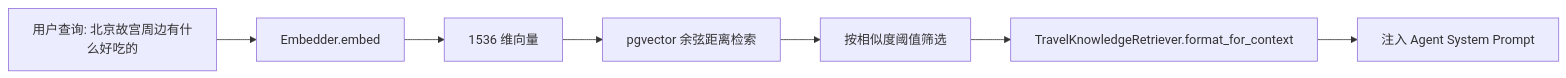
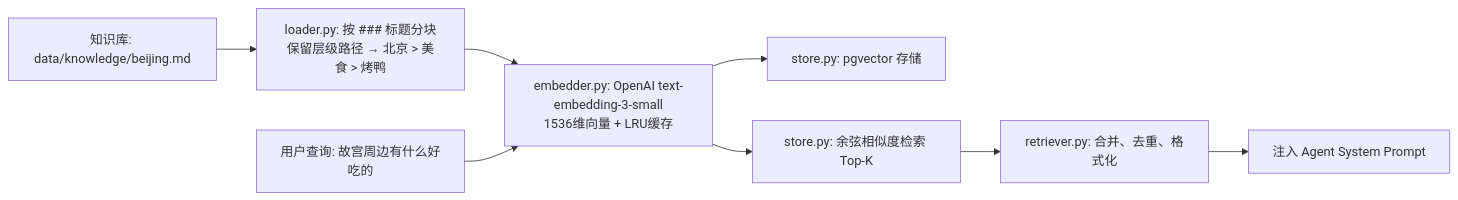
The sixth of 7 diagrams in README.md (qiongzhu0524/TripPlaner), drawn with Mermaid before and after one commit. The commit also changed other lines of this file and 38 other files, not shown here.

````diff
--- a/README.md
+++ b/README.md
@@ -332,9 +586,10 @@
 ```mermaid
 graph LR
-    A[用户查询: 北京故宫周边有什么好吃的] --> B[Embedder.embed]
-    B --> C[1536 维向量]
-    C --> D[pgvector 余弦距离检索]
-    D --> E[按相似度阈值筛选]
-    E --> F[TravelKnowledgeRetriever.format_for_context]
-    F --> G[注入 Agent System Prompt]
+    A["知识库: data/knowledge/beijing.md"] --> B["loader.py: 按 ### 标题分块<br/>保留层级路径 → 北京 > 美食 > 烤鸭"]
+    B --> C["embedder.py: OpenAI text-embedding-3-small<br/>1536维向量 + LRU缓存"]
+    C --> D["store.py: pgvector 存储"]
+    E["用户查询: 故宫周边有什么好吃的"] --> C
+    C --> F["store.py: 余弦相似度检索 Top-K"]
+    F --> G["retriever.py: 合并、去重、格式化"]
+    G --> H["注入 Agent System Prompt"]
 ```
````
